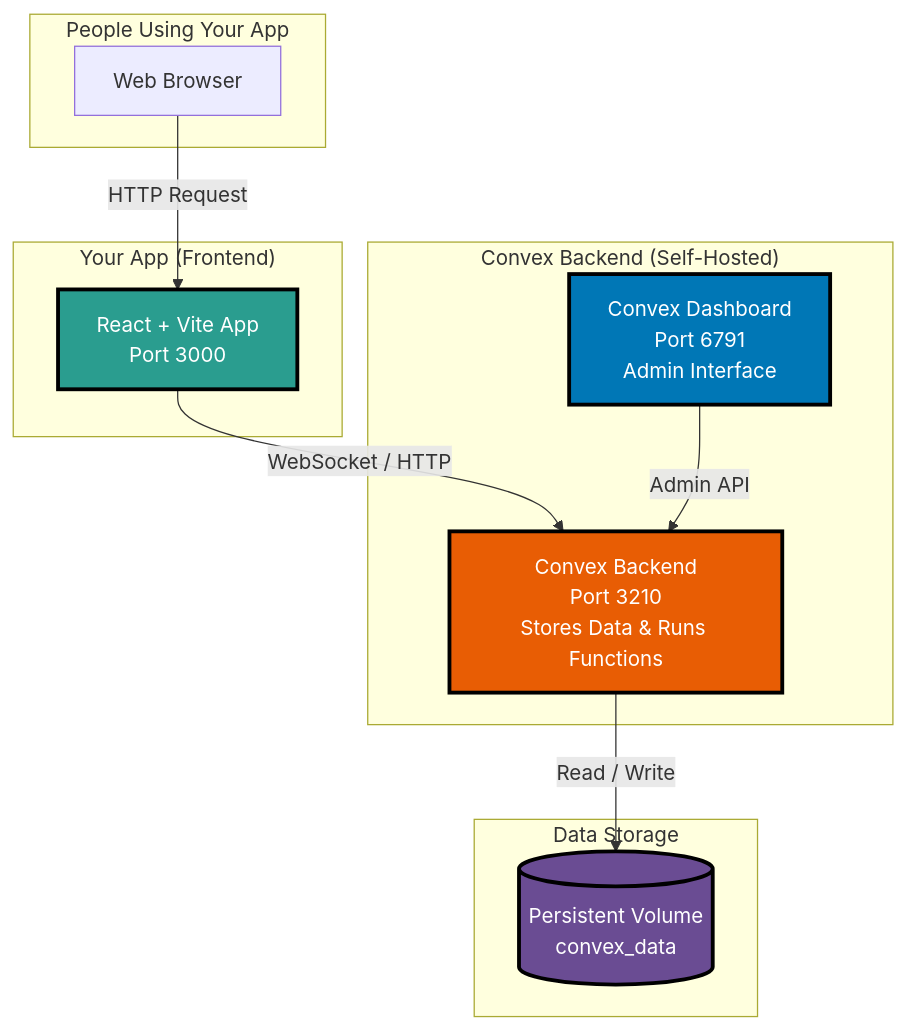
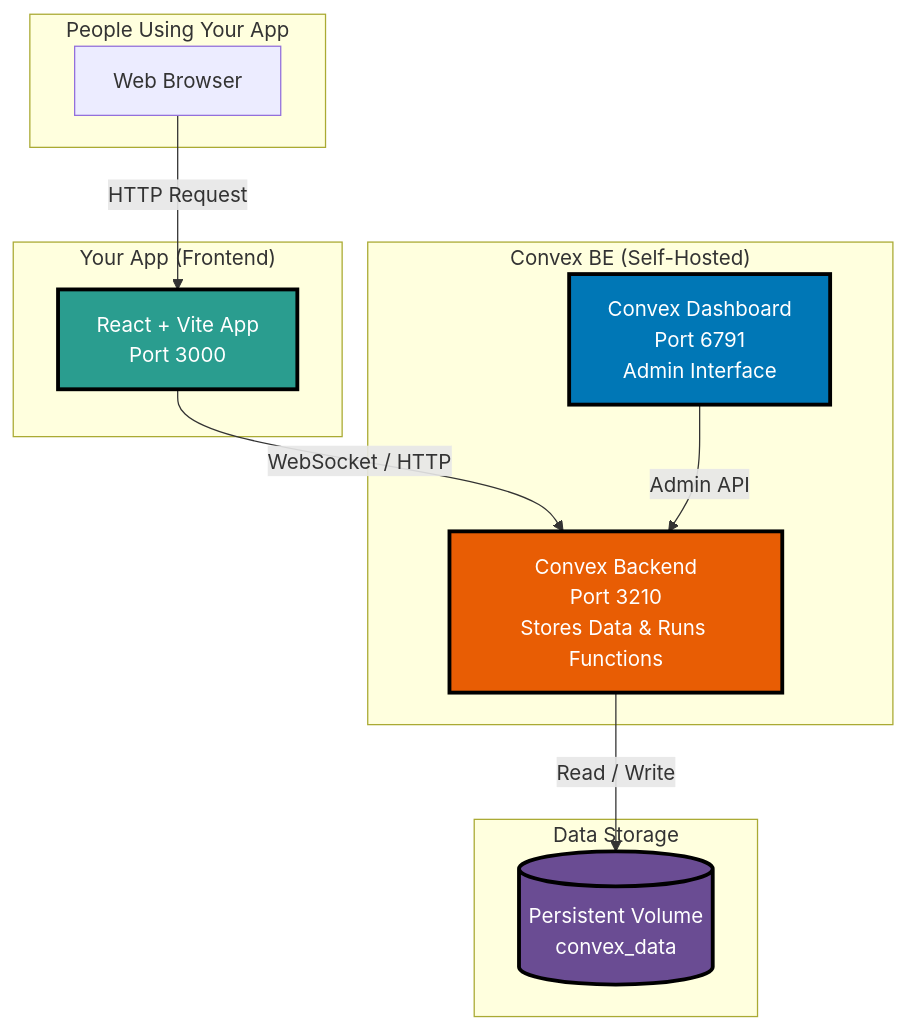
Before and after one commit to whezagl/convex-poc: the first of 2 diagrams in SELF_HOSTED_SETUP_GUIDE.md, drawn with Mermaid. The commit also changed 2 other files, not shown here.

Commit message:
fix: align mermaid diagram boxes and labels for consistency
- Fix box alignment in MERMAID_COLOR_CONTRAST.md summary card
- Simplify diagram labels in README.md for better readability
- Update subgraph label in SELF_HOSTED_SETUP_GUIDE.md

````diff
--- a/SELF_HOSTED_SETUP_GUIDE.md
+++ b/SELF_HOSTED_SETUP_GUIDE.md
@@ -15,29 +15,29 @@
 ```mermaid
 flowchart TB
     subgraph Users["People Using Your App"]
         Browser[Web Browser]
     end
 
     subgraph Frontend["Your App (Frontend)"]
         ReactApp[React + Vite App<br/>Port 3000]
     end
 
-    subgraph Convex["Convex Backend (Self-Hosted)"]
+    subgraph Convex["Convex BE (Self-Hosted)"]
         Backend[Convex Backend<br/>Port 3210<br/>Stores Data & Runs Functions]
         Dashboard[Convex Dashboard<br/>Port 6791<br/>Admin Interface]
     end
 
     subgraph Storage["Data Storage"]
         Volume[(Persistent Volume<br/>convex_data)]
     end
 
     Browser -->|HTTP Request| ReactApp
     ReactApp -->|WebSocket / HTTP| Backend
     Dashboard -->|Admin API| Backend
     Backend -->|Read / Write| Volume
 
     style Backend fill:#E85D04,stroke:#000,stroke-width:3px,color:#fff
     style Dashboard fill:#0077B6,stroke:#000,stroke-width:3px,color:#fff
     style ReactApp fill:#2A9D8F,stroke:#000,stroke-width:3px,color:#fff
     style Volume fill:#6A4C93,stroke:#000,stroke-width:3px,color:#fff
 ```
````
